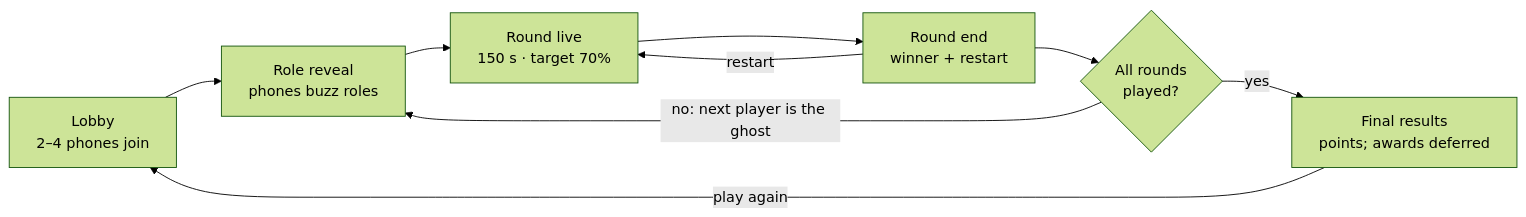
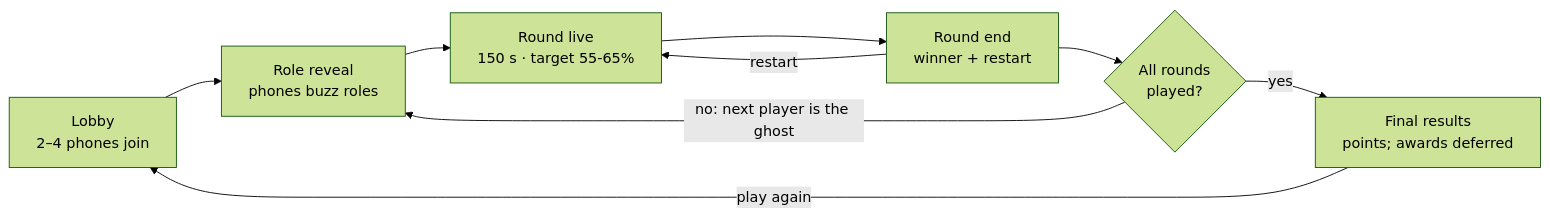
The first of 2 diagrams in ghosted-movers-spec.md (AtharvK-28/GameDevHack), drawn with Mermaid (forest theme) before and after one commit. The commit also changed other lines of this file and 32 other files, not shown here.

````diff
--- a/ghosted-movers-spec.md
+++ b/ghosted-movers-spec.md
@@ -64,11 +64,11 @@
 ```mermaid
 flowchart LR
   L["Lobby<br/>2–4 phones join"] --> R["Role reveal<br/>phones buzz roles"]
-  R --> LIVE["Round live<br/>150 s · target 70%"]
+  R --> LIVE["Round live<br/>150 s · target 55-65%"]
   LIVE --> E["Round end<br/>winner + restart"]
   E -- restart --> LIVE
   E --> D{"All rounds<br/>played?"}
   D -- "no: next player is the ghost" --> R
   D -- yes --> F["Final results<br/>points; awards deferred"]
   F -- play again --> L
 ```
````
